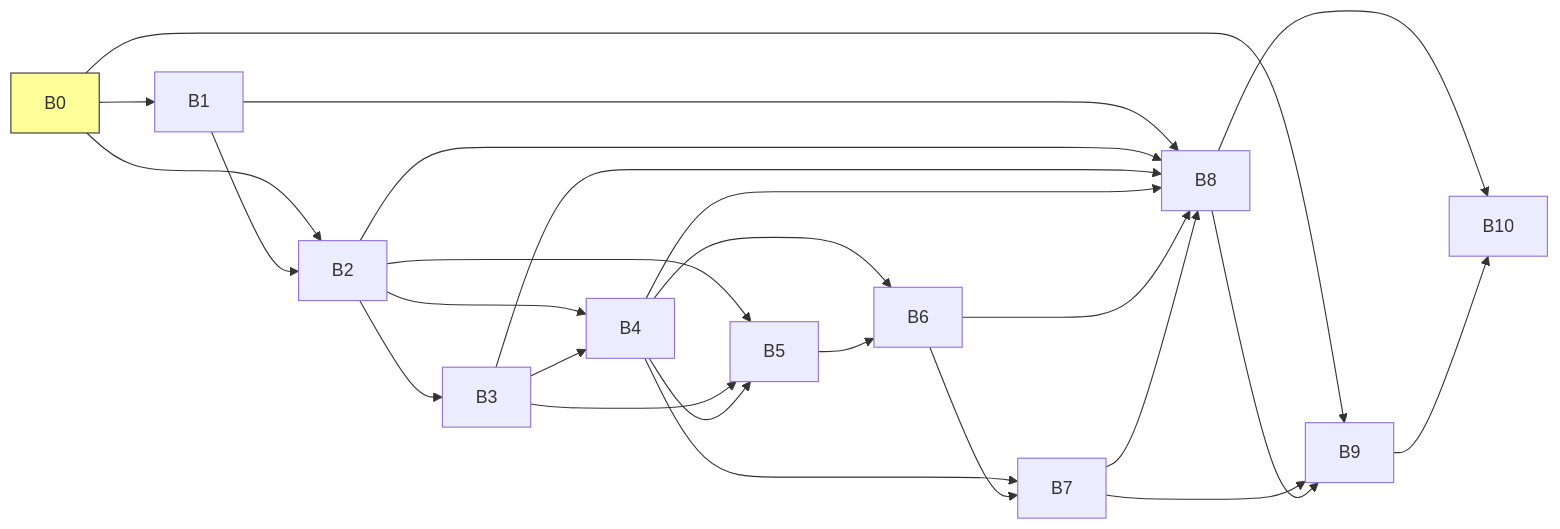
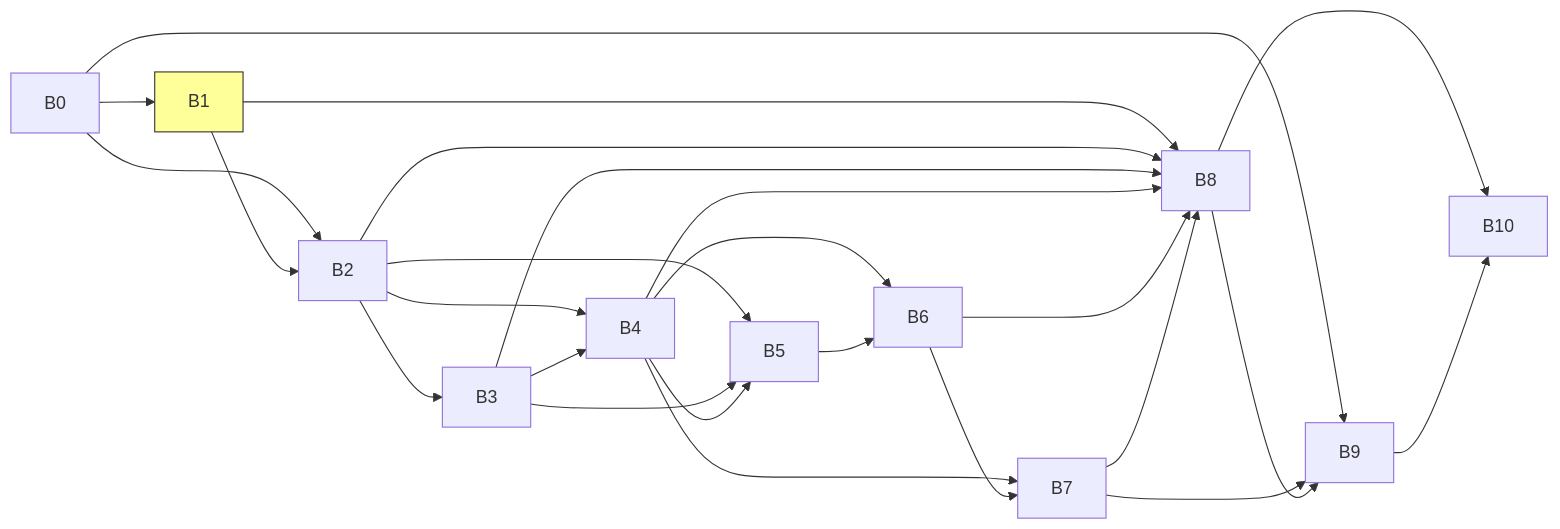
Before and after one commit to Dtcsrni/Sistema_Operativo_Tesis_Publico: the diagram in 06_dashboard/publico/wiki/bloques.md, drawn with Mermaid. The commit also changed other lines of this file and 780 other files, not shown here.

````diff
--- a/06_dashboard/publico/wiki/bloques.md
+++ b/06_dashboard/publico/wiki/bloques.md
@@ -60,28 +60,28 @@
 ```mermaid
 graph LR
-  style B0 fill:#ff9,stroke:#333
   B0 --> B1
+  style B1 fill:#ff9,stroke:#333
   B0 --> B2
   B1 --> B2
   B2 --> B3
   B2 --> B4
   B3 --> B4
   B2 --> B5
   B3 --> B5
   B4 --> B5
   B4 --> B6
   B5 --> B6
   B4 --> B7
   B6 --> B7
   B1 --> B8
   B2 --> B8
   B3 --> B8
   B4 --> B8
   B6 --> B8
   B7 --> B8
   B0 --> B9
   B7 --> B9
   B8 --> B9
   B8 --> B10
   B9 --> B10
 ```
````
